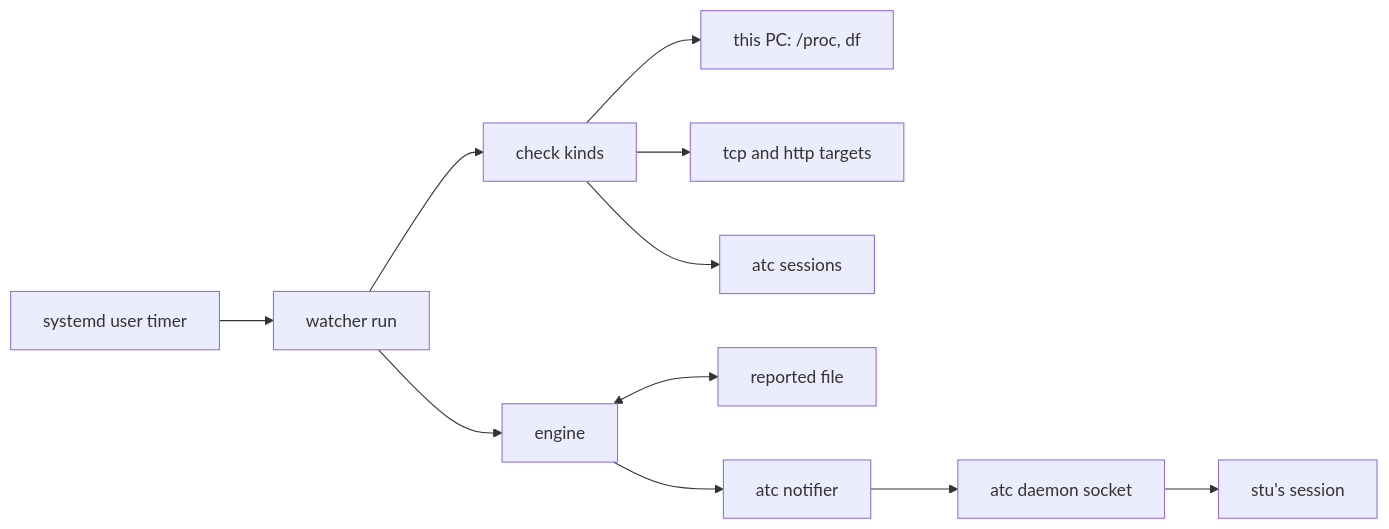
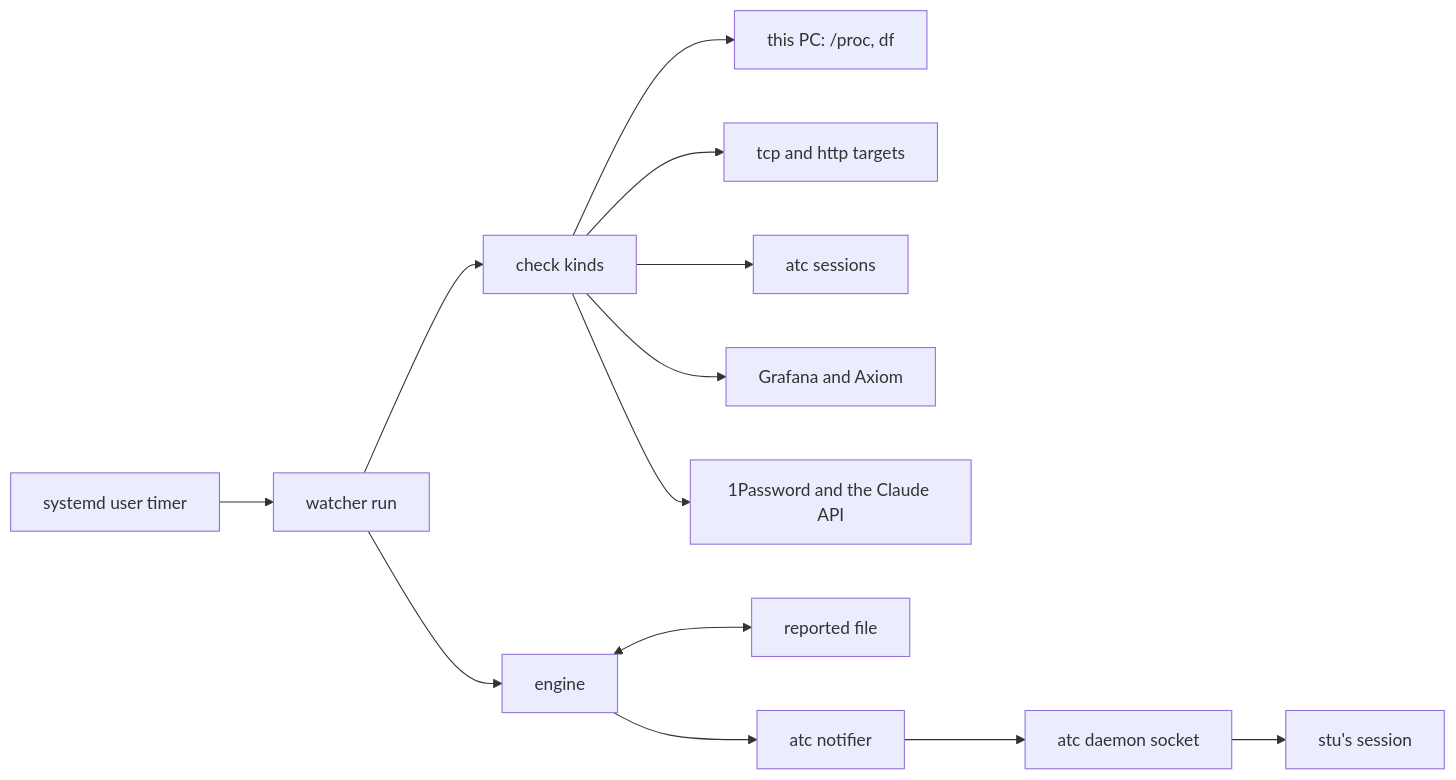
One commit to zgeoff/stu changed the diagram in docs/architecture/overview.md. Above: the diagram before and after it, drawn with Mermaid. The commit also changed other lines of this file and 48 other files, not shown here.

First line of the commit message:
feat(watch): report prometheus alerts, axiom monitors and claude slot limits (#13)

````diff
--- a/docs/architecture/overview.md
+++ b/docs/architecture/overview.md
@@ -10,13 +10,15 @@
 ```mermaid
 flowchart LR
   timer[systemd user timer] --> run[watcher run]
   run --> kinds[check kinds]
   kinds --> host[this PC: /proc, df]
   kinds --> net[tcp and http targets]
   kinds --> sessions[atc sessions]
+  kinds --> alerts[Grafana and Axiom]
+  kinds --> quota[1Password and the Claude API]
   run --> engine[engine]
   engine <--> file[reported file]
   engine --> notifier[atc notifier]
   notifier --> daemon[atc daemon socket]
   daemon --> stu[stu's session]
 ```
````
